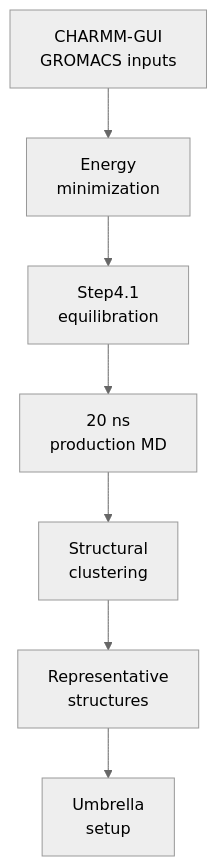
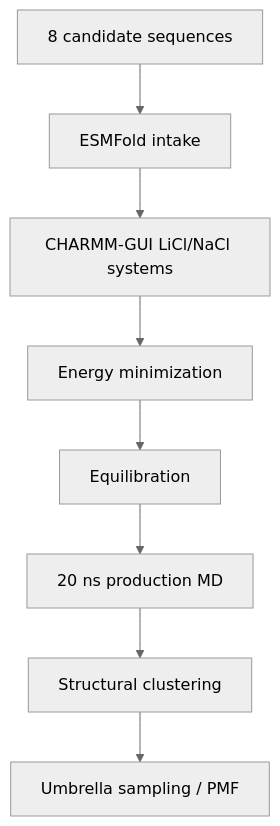
One commit to jackyissocute/LiSPER changed the diagram in 01_computational_discovery/md/README.md. Above: the diagram before and after it, drawn with Mermaid (neutral theme). The commit also changed other lines of this file and 3163 other files, not shown here.

````diff
--- a/01_computational_discovery/md/README.md
+++ b/01_computational_discovery/md/README.md
@@ -5,20 +27,16 @@
 ```mermaid
 flowchart TD
-    accTitle: Molecular Dynamics Workflow
-    accDescr: GROMACS inputs from CHARMM-GUI are minimized, equilibrated, run through production MD, clustered, and prepared for umbrella sampling.
+    accTitle: Revised 8-Candidate MD Workflow
+    accDescr: The revised library restarts at ESMFold before CHARMM-GUI, minimization, equilibration, production MD, clustering, and PMF comparison.
 
-    inputs["CHARMM-GUI<br/>GROMACS inputs"]
-    minimization["Energy<br/>minimization"]
-    equilibration["Step4.1<br/>equilibration"]
-    production["20 ns<br/>production MD"]
-    clustering["Structural<br/>clustering"]
-    representatives["Representative<br/>structures"]
-    umbrella_setup["Umbrella<br/>setup"]
+    sequences["8 candidate sequences"]
+    esmfold["ESMFold intake"]
+    charmm["CHARMM-GUI LiCl/NaCl systems"]
+    minimization["Energy minimization"]
+    equilibration["Equilibration"]
+    production["20 ns production MD"]
+    clustering["Structural clustering"]
+    pmf["Umbrella sampling / PMF"]
 
-    inputs --> minimization
-    minimization --> equilibration
-    equilibration --> production
-    production --> clustering
-    clustering --> representatives
-    representatives --> umbrella_setup
+    sequences --> esmfold --> charmm --> minimization --> equilibration --> production --> clustering --> pmf
 ```
````
